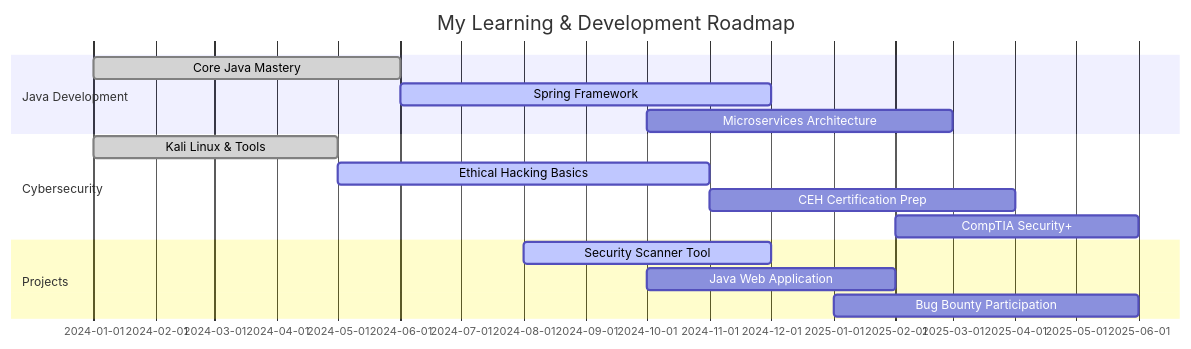
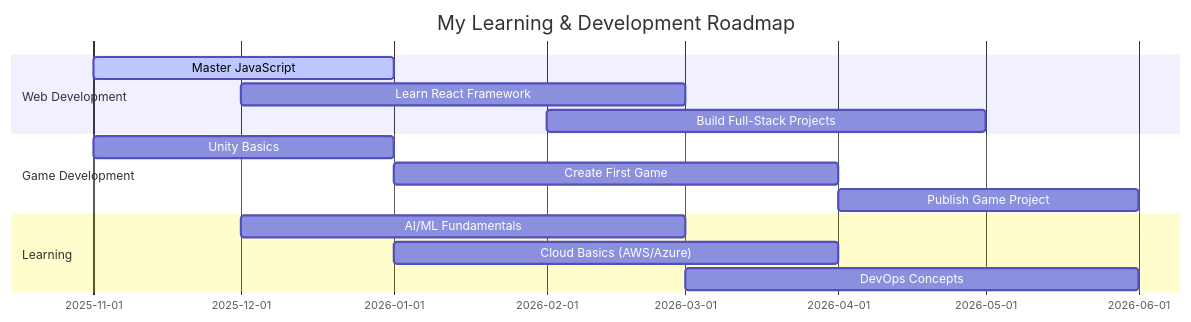
Before and after one commit to abbu1809/Abhishek1809: the second of 2 diagrams in README.md, drawn with Mermaid. The commit also changed other lines of this file, not shown here.

Commit message:
Complete profile overhaul: Game Dev & Web Dev focused with accurate info, interactive elements, and clean design

````diff
--- a/README.md
+++ b/README.md
@@ -350,18 +257,17 @@
 ```mermaid
 gantt
     title My Learning & Development Roadmap
     dateFormat YYYY-MM
-    section Java Development
-    Core Java Mastery           :done, java1, 2024-01, 2024-06
-    Spring Framework            :active, java2, 2024-06, 2024-12
-    Microservices Architecture  :java3, 2024-10, 2025-03
-    section Cybersecurity
-    Kali Linux & Tools          :done, sec1, 2024-01, 2024-05
-    Ethical Hacking Basics      :active, sec2, 2024-05, 2024-11
-    CEH Certification Prep      :sec3, 2024-11, 2025-04
-    CompTIA Security+           :sec4, 2025-02, 2025-06
-    section Projects
-    Security Scanner Tool       :active, proj1, 2024-08, 2024-12
-    Java Web Application        :proj2, 2024-10, 2025-02
-    Bug Bounty Participation    :proj3, 2025-01, 2025-06
+    section Web Development
+    Master JavaScript           :active, web1, 2025-11, 2026-01
+    Learn React Framework       :web2, 2025-12, 2026-03
+    Build Full-Stack Projects   :web3, 2026-02, 2026-05
+    section Game Development
+    Unity Basics                :game1, 2025-11, 2026-01
+    Create First Game           :game2, 2026-01, 2026-04
+    Publish Game Project        :game3, 2026-04, 2026-06
+    section Learning
+    AI/ML Fundamentals          :learn1, 2025-12, 2026-03
+    Cloud Basics (AWS/Azure)    :learn2, 2026-01, 2026-04
+    DevOps Concepts             :learn3, 2026-03, 2026-06
 ```
````
